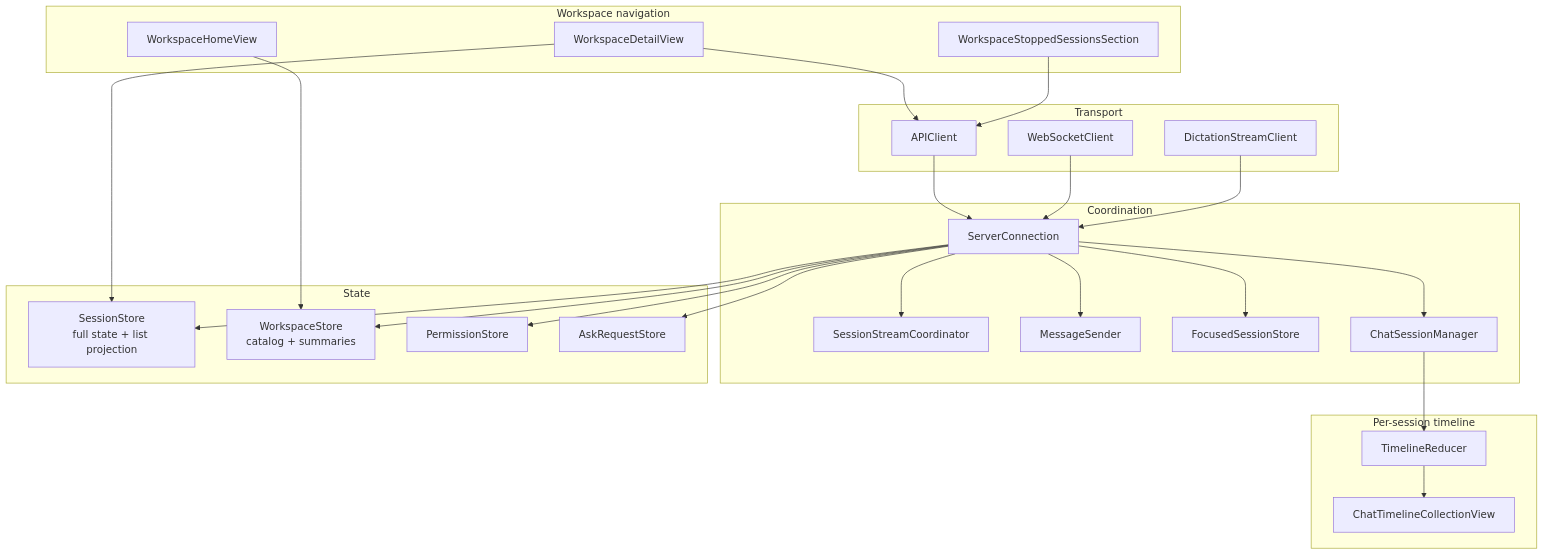
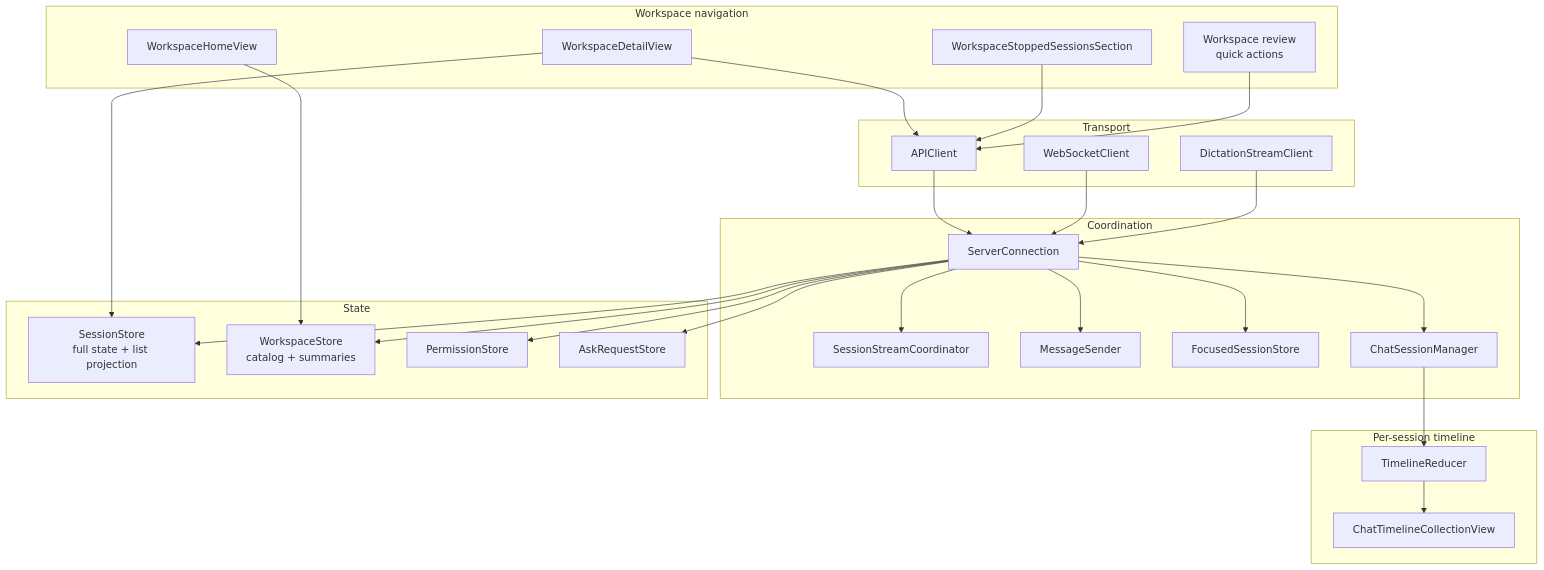
Before and after one commit to duh17/oppi: the fifth of 6 diagrams in docs/architecture.md, drawn with Mermaid. The commit also changed other lines of this file and 12 other files, not shown here.

Commit message:
feat: expose prompt templates as quick actions

````diff
--- a/docs/architecture.md
+++ b/docs/architecture.md
@@ -146,52 +149,54 @@
 ```mermaid
 graph TD
   subgraph Transport[Transport]
     API[APIClient]
     SessionClient[WebSocketClient]
     AudioClient[DictationStreamClient]
   end
 
   subgraph Coordination[Coordination]
     Connection[ServerConnection]
     StreamCoord[SessionStreamCoordinator]
     Sender[MessageSender]
     Focus[FocusedSessionStore]
     ChatManager[ChatSessionManager]
   end
 
   subgraph State[State]
     SessionStore[SessionStore<br/>full state + list projection]
     WorkspaceStore[WorkspaceStore<br/>catalog + summaries]
     PermissionStore[PermissionStore]
     AskStore[AskRequestStore]
   end
 
   subgraph WorkspaceViews[Workspace navigation]
     Home[WorkspaceHomeView]
     Detail[WorkspaceDetailView]
     Archive[WorkspaceStoppedSessionsSection]
+    Review[Workspace review<br/>quick actions]
   end
 
   subgraph Timeline[Per-session timeline]
     Reducer[TimelineReducer]
     UIKit[ChatTimelineCollectionView]
   end
 
   API --> Connection
   SessionClient --> Connection
   AudioClient --> Connection
   Connection --> StreamCoord
   Connection --> Sender
   Connection --> Focus
   Connection --> SessionStore
   Connection --> WorkspaceStore
   Connection --> PermissionStore
   Connection --> AskStore
   Connection --> ChatManager
   Home --> WorkspaceStore
   Detail --> SessionStore
   Detail --> API
   Archive --> API
+  Review --> API
   ChatManager --> Reducer
   Reducer --> UIKit
 ```
````
